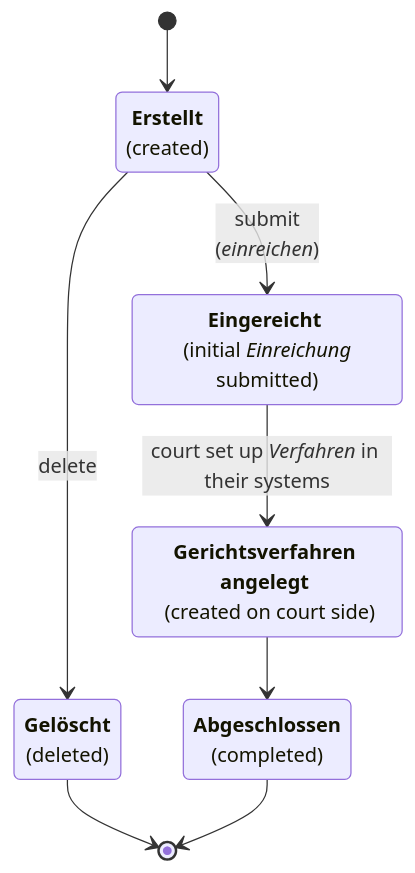
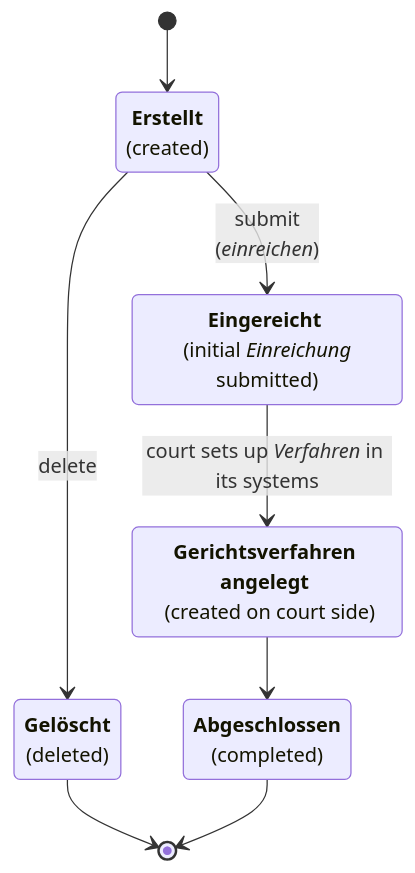
Before and after one commit to digitalservicebund/a2j-kommunikationsplattform: the second of 4 diagrams in doc/topics/domain-model.md, drawn with Mermaid. The commit also changed other lines of this file and 1 other file, not shown here.

````diff
--- a/doc/topics/domain-model.md
+++ b/doc/topics/domain-model.md
@@ -121,19 +121,19 @@
 ```mermaid
 stateDiagram-v2
     erstellt: **Erstellt** <br/> (created)
     eingereicht: **Eingereicht** <br/> (initial _Einreichung_ submitted)
     gerichtsverfahren_angelegt: **Gerichtsverfahren angelegt** <br/> (created on court side)
     abgeschlossen: **Abgeschlossen** <br/> (completed)
     gelöscht: **Gelöscht** <br/> (deleted)
 
     [*] --> erstellt
 
     erstellt --> gelöscht: delete
     gelöscht --> [*]
 
     erstellt --> eingereicht: submit <br/> (_einreichen_)
-    eingereicht --> gerichtsverfahren_angelegt: court set up _Verfahren_ in their systems
+    eingereicht --> gerichtsverfahren_angelegt: court sets up _Verfahren_ in its systems
 
     gerichtsverfahren_angelegt --> abgeschlossen
     abgeschlossen --> [*]
 ```
````
